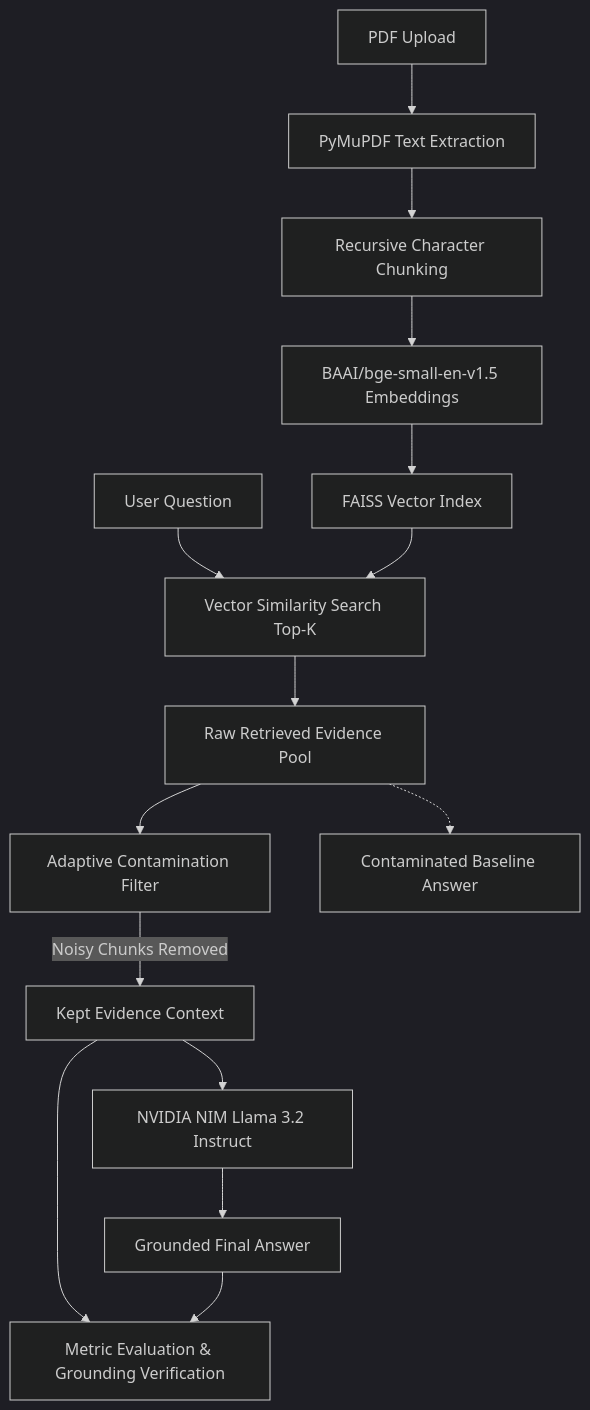
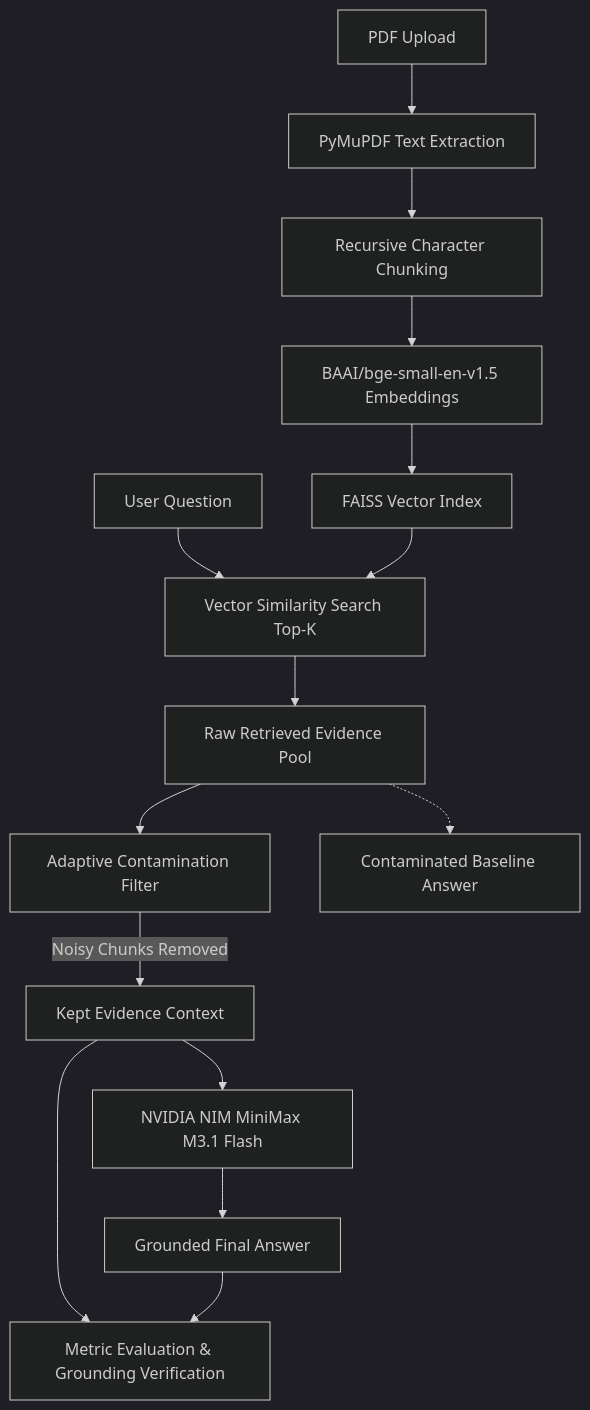
The diagram in README.md (Varun-0731/Reducing-contest-contamination-llm), drawn with Mermaid (dark theme) before and after one commit. The commit also changed other lines of this file and 6 other files, not shown here.

Commit message:
migrate backend from Gemini to NVIDIA NIM with MiniMax M3.1

````diff
--- a/README.md
+++ b/README.md
@@ -34,21 +34,21 @@
 ```mermaid
 flowchart TD
     A[PDF Upload] --> B[PyMuPDF Text Extraction]
     B --> C[Recursive Character Chunking]
     C --> D[BAAI/bge-small-en-v1.5 Embeddings]
     D --> E[FAISS Vector Index]
     
     Q[User Question] --> F[Vector Similarity Search Top-K]
     E --> F
     F --> G[Raw Retrieved Evidence Pool]
     
     G --> H[Adaptive Contamination Filter]
     H -->|Noisy Chunks Removed| I[Kept Evidence Context]
     
-    I --> J[NVIDIA NIM Llama 3.2 Instruct]
+    I --> J[NVIDIA NIM MiniMax M3.1 Flash]
     J --> K[Grounded Final Answer]
     
     G -.-> L[Contaminated Baseline Answer]
     I --> M[Metric Evaluation & Grounding Verification]
     K --> M
 ```
````
